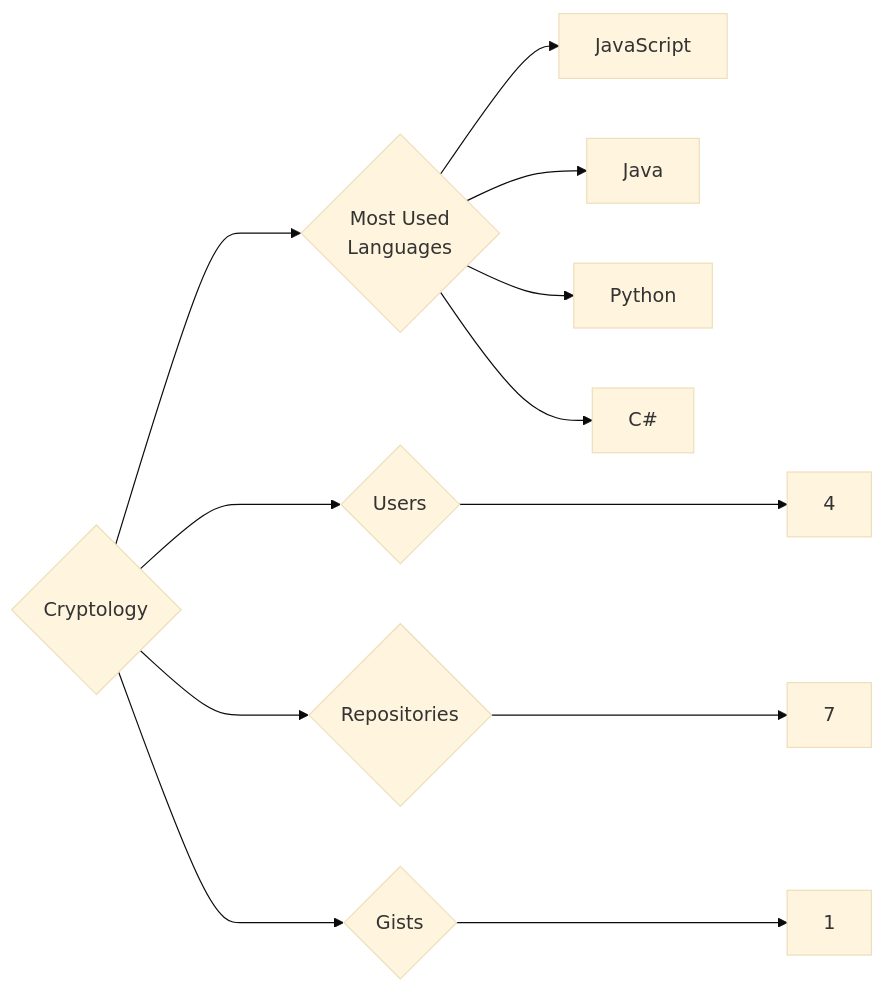
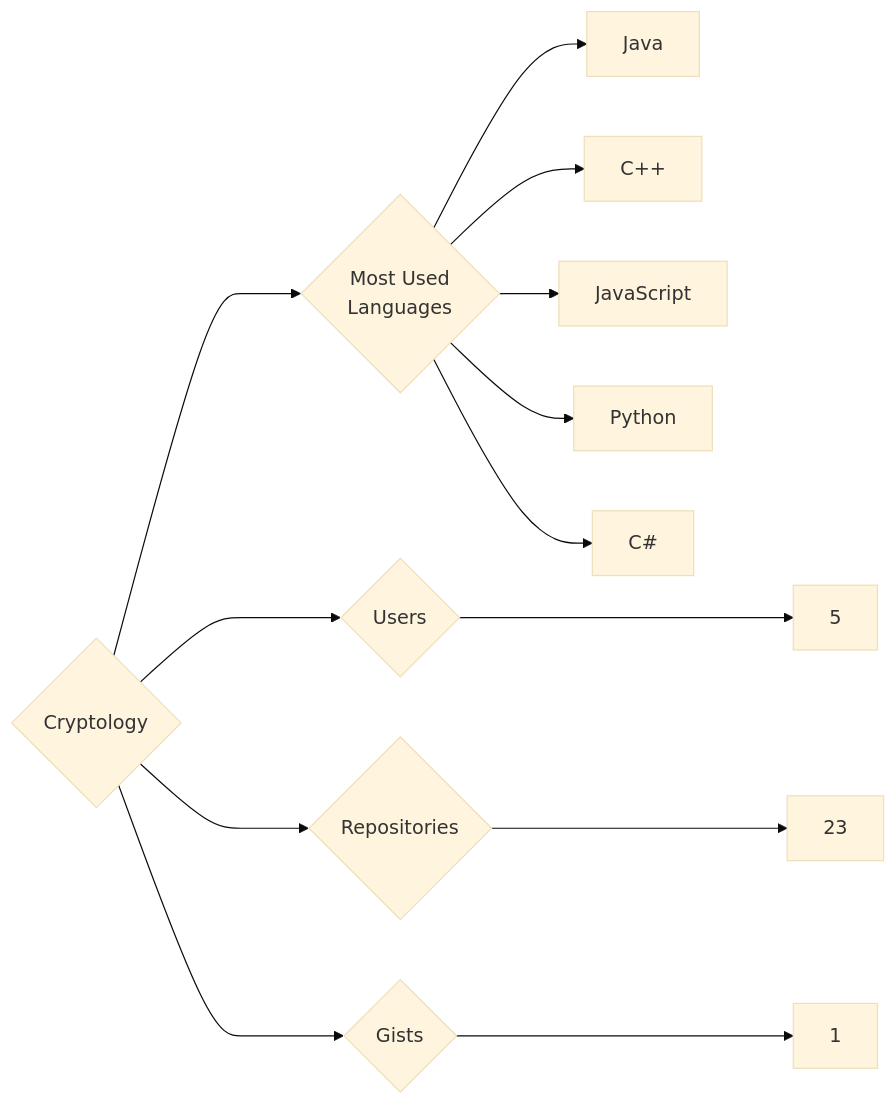
The diagram in targets/Cryptology/README.md (trickest/insiders), drawn with Mermaid (base theme) before and after one commit. The commit also changed 1149 other files, not shown here.

````diff
--- a/targets/Cryptology/README.md
+++ b/targets/Cryptology/README.md
@@ -3,12 +3,13 @@
 ```mermaid
 graph LR
 COMPANY_NAME{Cryptology}
-COMPANY_NAME ---> U{Users} ---> UN[4]
-COMPANY_NAME ---> R{Repositories} ---> RN[7]
+COMPANY_NAME ---> U{Users} ---> UN[5]
+COMPANY_NAME ---> R{Repositories} ---> RN[23]
 COMPANY_NAME ---> G{Gists} ---> GN[1]
 COMPANY_NAME ---> ML{Most Used<br>Languages}
+ML --> Java[Java]
+ML --> C++[C++]
 ML --> JavaScript[JavaScript]
-ML --> Java[Java]
 ML --> Python[Python]
 ML --> C#[C#]
 ```
````
